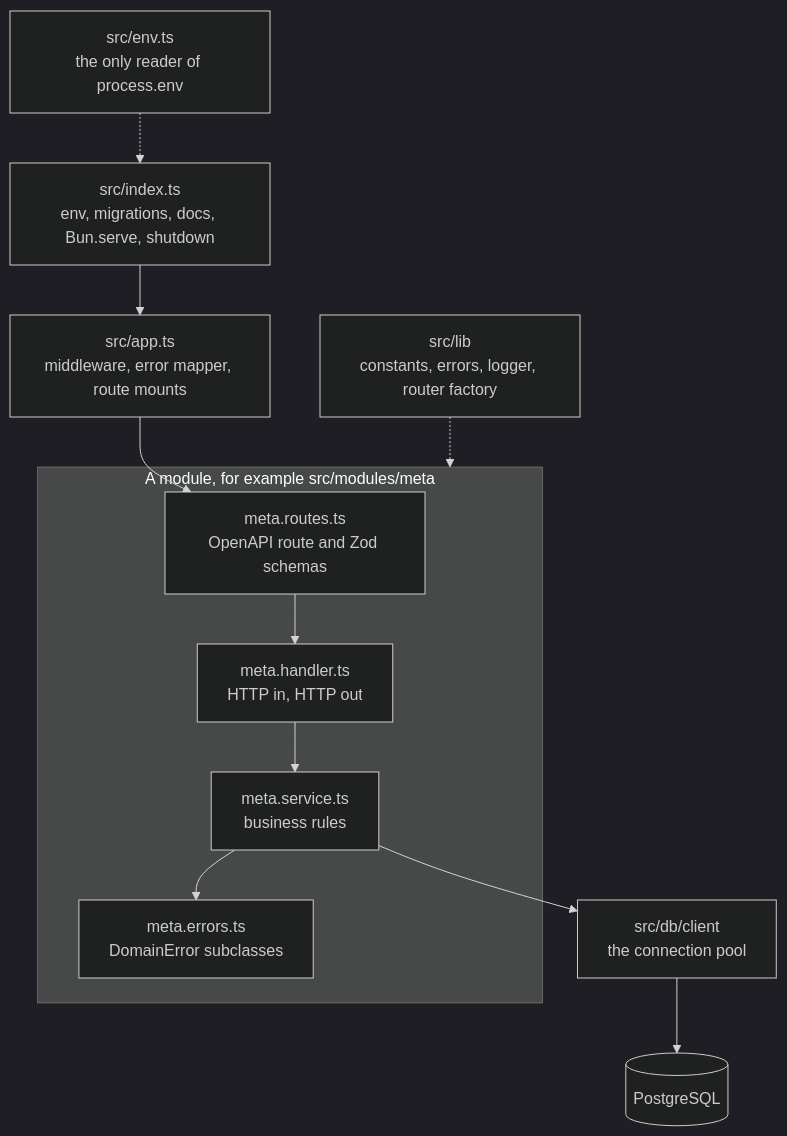
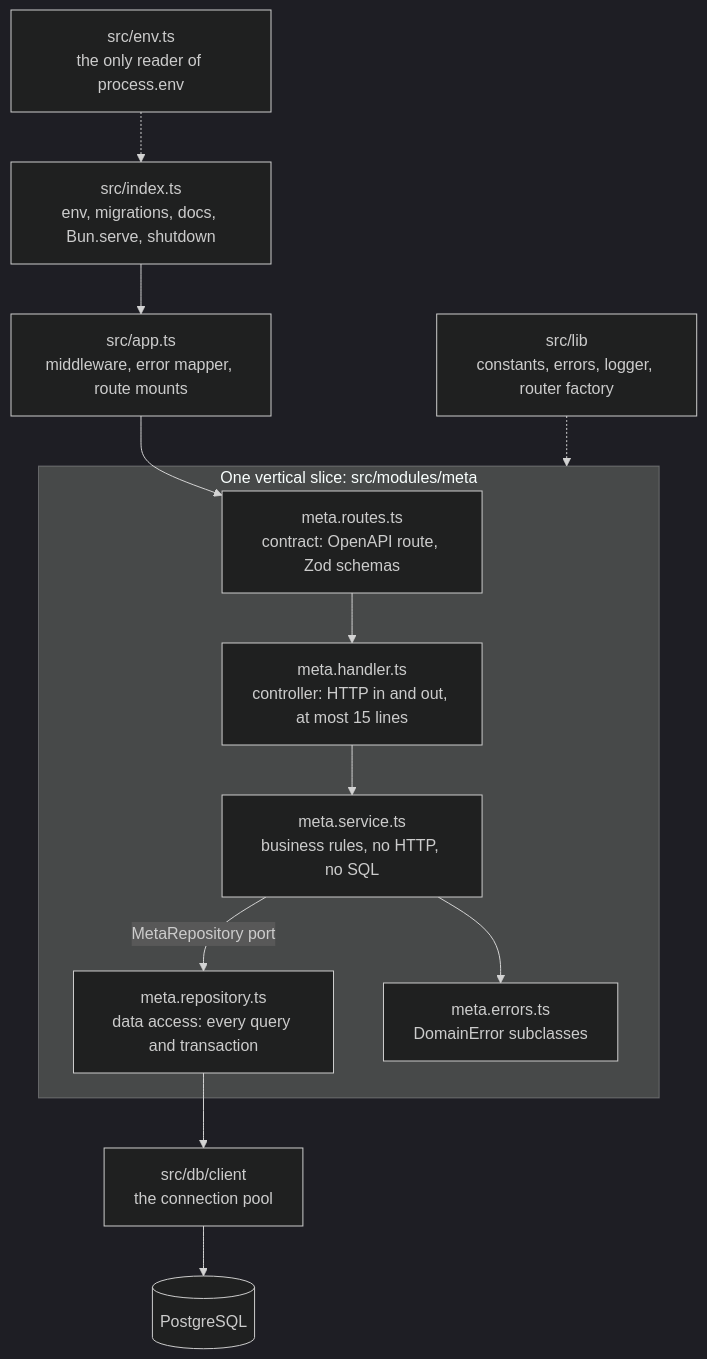
The third of 7 diagrams in README.md (Kira-iOS-Project/kira-backend), drawn with Mermaid (dark theme) before and after one commit. The commit also changed other lines of this file, not shown here.

First line of the commit message:
docs: describe the architecture in depth, with Title Case headings

````diff
--- a/README.md
+++ b/README.md
@@ -142,14 +149,15 @@
 ```mermaid
 flowchart TB
   index["src/index.ts<br/>env, migrations, docs, Bun.serve, shutdown"] --> app["src/app.ts<br/>middleware, error mapper, route mounts"]
   app --> routes
-  subgraph module["A module, for example src/modules/meta"]
-    routes["meta.routes.ts<br/>OpenAPI route and Zod schemas"] --> handler["meta.handler.ts<br/>HTTP in, HTTP out"]
-    handler --> service["meta.service.ts<br/>business rules"]
+  subgraph module["One vertical slice: src/modules/meta"]
+    routes["meta.routes.ts<br/>contract: OpenAPI route, Zod schemas"] --> handler["meta.handler.ts<br/>controller: HTTP in and out, at most 15 lines"]
+    handler --> service["meta.service.ts<br/>business rules, no HTTP, no SQL"]
+    service -- "MetaRepository port" --> repo["meta.repository.ts<br/>data access: every query and transaction"]
     service --> errors["meta.errors.ts<br/>DomainError subclasses"]
   end
-  service --> client["src/db/client<br/>the connection pool"]
+  repo --> client["src/db/client<br/>the connection pool"]
   client --> pg[("PostgreSQL")]
   lib["src/lib<br/>constants, errors, logger, router factory"] -.-> module
   env["src/env.ts<br/>the only reader of process.env"] -.-> index
 ```
````
